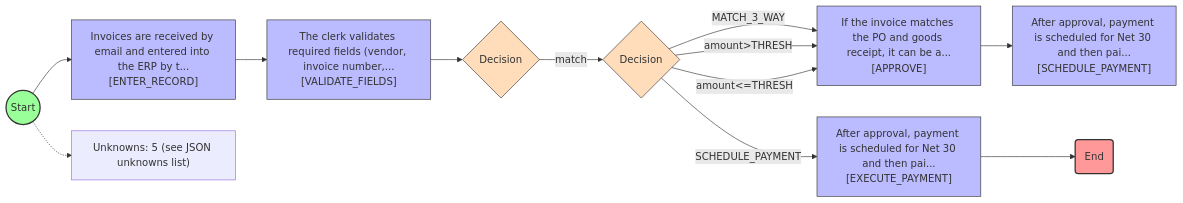
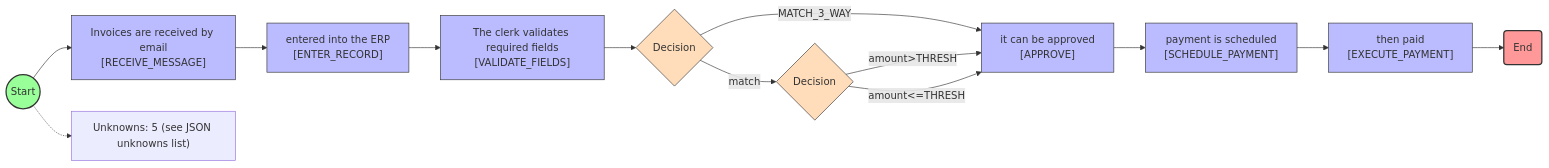
Before and after one commit to Trevmichi/process-extraction-kernel: the diagram in outputs/ap_doc_001_auto.mmd, drawn with Mermaid. The commit also changed 48 other files, not shown here.

```diff
--- a/outputs/ap_doc_001_auto.mmd
+++ b/outputs/ap_doc_001_auto.mmd
@@ -1,31 +1,34 @@
 flowchart LR
   n1((Start))
-  n2["Invoices are received by email and entered into the ERP by t...\n[ENTER_RECORD]"]
-  n3["The clerk validates required fields (vendor, invoice number,...\n[VALIDATE_FIELDS]"]
-  n4{"Decision\n<MATCH_3_WAY>"}
-  n5{"Decision\n<THRESHOLD_AMOUNT>"}
-  n6["If the invoice matches the PO and goods receipt, it can be a...\n[APPROVE]"]
-  n7["After approval, payment is scheduled for Net 30 and then pai...\n[SCHEDULE_PAYMENT]"]
-  n8["After approval, payment is scheduled for Net 30 and then pai...\n[EXECUTE_PAYMENT]"]
-  n9(End)
+  n2["Invoices are received by email\n[RECEIVE_MESSAGE]"]
+  n3["entered into the ERP\n[ENTER_RECORD]"]
+  n4["The clerk validates required fields\n[VALIDATE_FIELDS]"]
+  n5{"Decision\n<MATCH_3_WAY>"}
+  n6["it can be approved\n[APPROVE]"]
+  n7{"Decision\n<THRESHOLD_AMOUNT>"}
+  n8["payment is scheduled\n[SCHEDULE_PAYMENT]"]
+  n9["then paid\n[EXECUTE_PAYMENT]"]
+  n10(End)
   n1 --> n2
   n2 --> n3
   n3 --> n4
+  n4 --> n5
   n5 -->|MATCH_3_WAY| n6
-  n5 -->|SCHEDULE_PAYMENT| n8
   n8 --> n9
-  n5 -->|amount>THRESH| n6
-  n5 -->|amount<=THRESH| n6
-  n6 --> n7
-  n4 -->|match| n5
+  n9 --> n10
+  n7 -->|amount>THRESH| n6
+  n7 -->|amount<=THRESH| n6
+  n6 --> n8
+  n5 -->|match| n7
   U_NOTE["Unknowns: 5 (see JSON unknowns list)"]
   n1 -.-> U_NOTE
   style n1 fill:#9f9,stroke:#333,stroke-width:2px
   style n2 fill:#bbf,stroke:#333,stroke-width:1px
   style n3 fill:#bbf,stroke:#333,stroke-width:1px
-  style n4 fill:#fdb,stroke:#333,stroke-width:1px
+  style n4 fill:#bbf,stroke:#333,stroke-width:1px
   style n5 fill:#fdb,stroke:#333,stroke-width:1px
   style n6 fill:#bbf,stroke:#333,stroke-width:1px
-  style n7 fill:#bbf,stroke:#333,stroke-width:1px
+  style n7 fill:#fdb,stroke:#333,stroke-width:1px
   style n8 fill:#bbf,stroke:#333,stroke-width:1px
-  style n9 fill:#f99,stroke:#333,stroke-width:2px
+  style n9 fill:#bbf,stroke:#333,stroke-width:1px
+  style n10 fill:#f99,stroke:#333,stroke-width:2px
```
